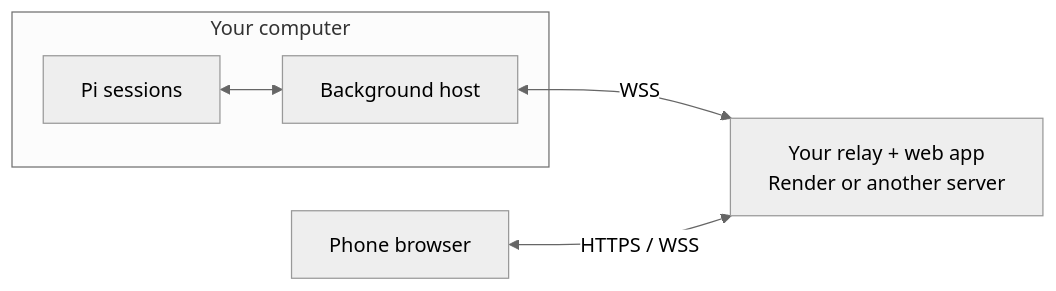
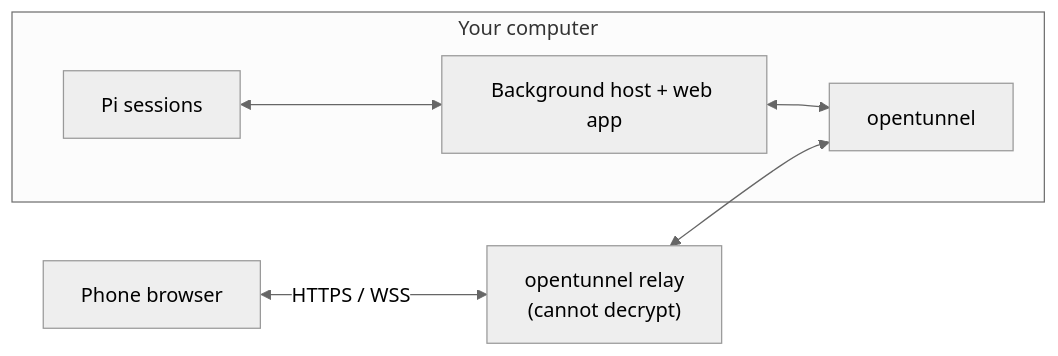
One commit to peterlimg/pi-remote changed the diagram in README.md. Above: the diagram before and after it, drawn with Mermaid (neutral theme). The commit also changed other lines of this file and 4 other files, not shown here.

First line of the commit message:
Offer opentunnel as the default phone connection

````diff
--- a/README.md
+++ b/README.md
@@ -7,8 +7,8 @@
 ```mermaid
 flowchart LR
     subgraph Computer["Your computer"]
-        Pi["Pi sessions"] <--> Host["Background host"]
+        Pi["Pi sessions"] <--> Host["Background host + web app"]
+        Host <--> Tunnel["opentunnel"]
     end
-    Host <-->|"WSS"| Relay["Your relay + web app<br/>Render or another server"]
-    Phone["Phone browser"] <-->|"HTTPS / WSS"| Relay
+    Phone["Phone browser"] <-->|"HTTPS / WSS"| Edge["opentunnel relay<br/>(cannot decrypt)"] <--> Tunnel
 ```
````
